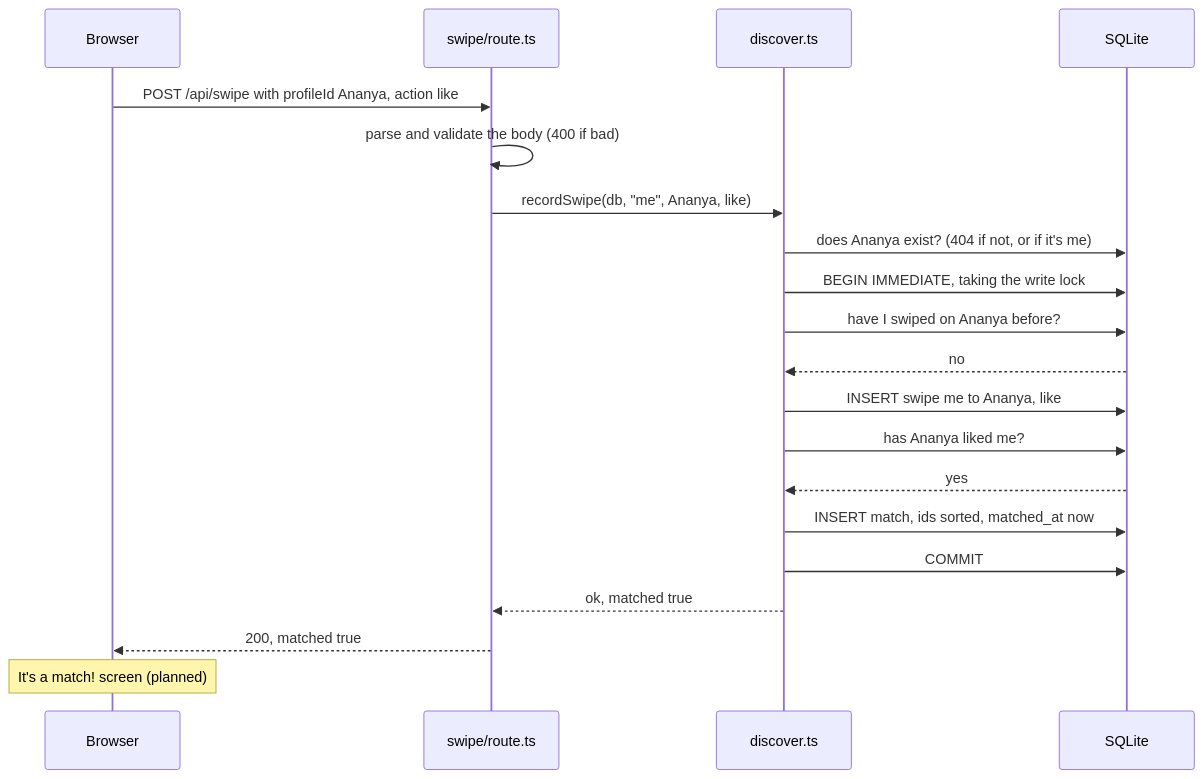
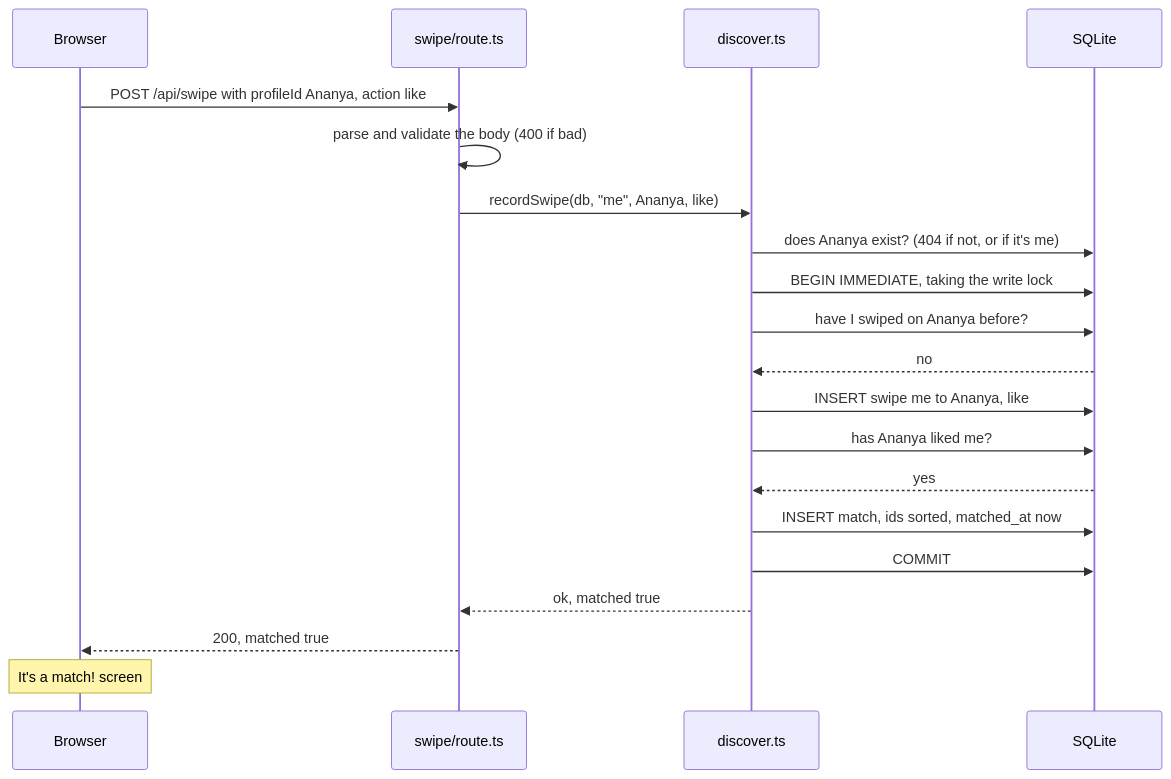
The seventh of 14 diagrams in docs/architecture.md (ashutosharma2/coy-discover-assignment), drawn with Mermaid before and after one commit. The commit also changed other lines of this file and 56 other files, not shown here.

First line of the commit message:
Add the Discover UI: tabs, swipe deck, match screen and Matches

````diff
--- a/docs/architecture.md
+++ b/docs/architecture.md
@@ -218,23 +220,23 @@
 ```mermaid
 sequenceDiagram
     participant B as Browser
     participant R as swipe/route.ts
     participant D as discover.ts
     participant DB as SQLite
 
     B->>R: POST /api/swipe with profileId Ananya, action like
     R->>R: parse and validate the body (400 if bad)
     R->>D: recordSwipe(db, "me", Ananya, like)
     D->>DB: does Ananya exist? (404 if not, or if it's me)
     D->>DB: BEGIN IMMEDIATE, taking the write lock
     D->>DB: have I swiped on Ananya before?
     DB-->>D: no
     D->>DB: INSERT swipe me to Ananya, like
     D->>DB: has Ananya liked me?
     DB-->>D: yes
     D->>DB: INSERT match, ids sorted, matched_at now
     D->>DB: COMMIT
     D-->>R: ok, matched true
     R-->>B: 200, matched true
-    Note over B: It's a match! screen (planned)
+    Note over B: It's a match! screen
 ```
````
